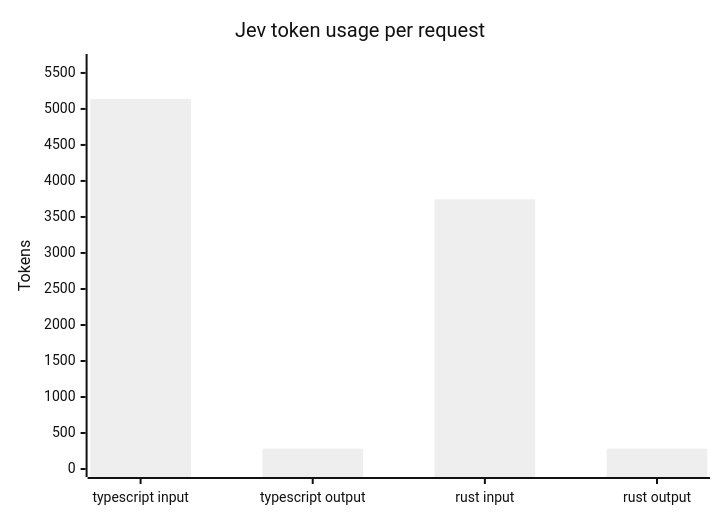
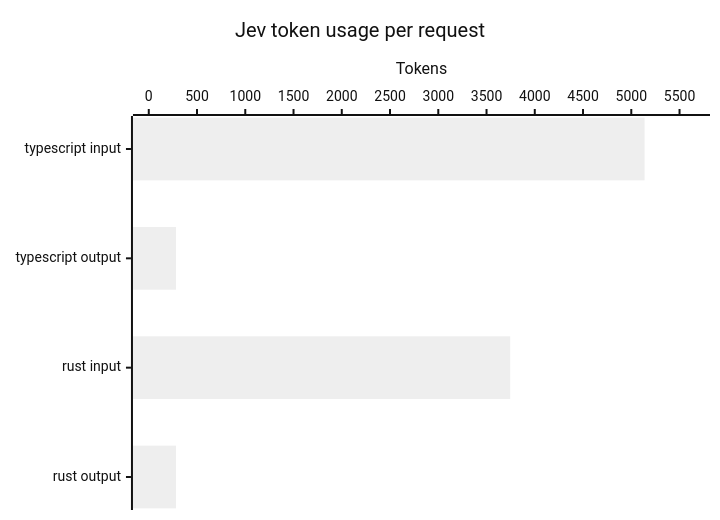
Diagram 15 of 15 in docs/benchmark.md (kossnocorp/spacer), drawn with Mermaid (neutral theme) before and after one commit. The commit also changed other lines of this file and 29 other files, not shown here.

````diff
--- a/docs/benchmark.md
+++ b/docs/benchmark.md
@@ -145,7 +223,7 @@
 ```mermaid
-xychart-beta
+xychart-beta horizontal
   title "Jev token usage per request"
   x-axis ["typescript input", "typescript output", "rust input", "rust output"]
   y-axis "Tokens" 0 --> 5652
   bar [5138, 282, 3745, 282]
 ```
````
